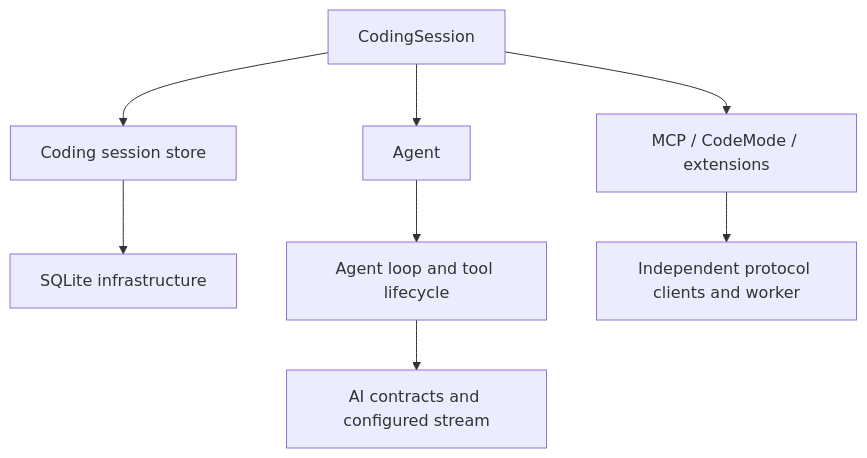
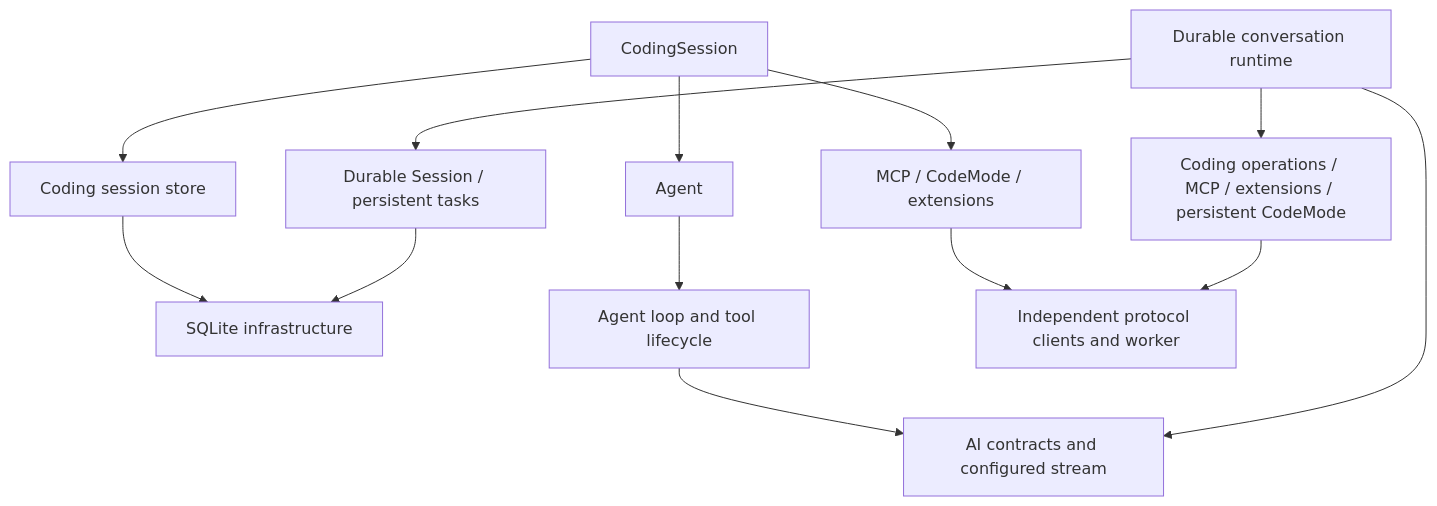
One commit to utopia2077/pirua changed the diagram in docs/architecture/index.md. Above: the diagram before and after it, drawn with Mermaid. The commit also changed other lines of this file and 46 other files, not shown here.

First line of the commit message:
feat(durable): add journaled local CodeMode

````diff
--- a/docs/architecture/index.md
+++ b/docs/architecture/index.md
@@ -7,10 +7,15 @@
 ```mermaid
 flowchart TD
     Coding["CodingSession"] --> Agent["Agent"]
     Coding --> Storage["Coding session store"]
     Storage --> SQLite["SQLite infrastructure"]
     Agent --> Loop["Agent loop and tool lifecycle"]
     Loop --> AI["AI contracts and configured stream"]
     Coding --> Adapters["MCP / CodeMode / extensions"]
     Adapters --> Neutral["Independent protocol clients and worker"]
+    Durable["Durable conversation runtime"] --> DurableStore["Durable Session / persistent tasks"]
+    DurableStore --> SQLite
+    Durable --> AI
+    Durable --> DurableAdapters["Coding operations / MCP / extensions / persistent CodeMode"]
+    DurableAdapters --> Neutral
 ```
````
